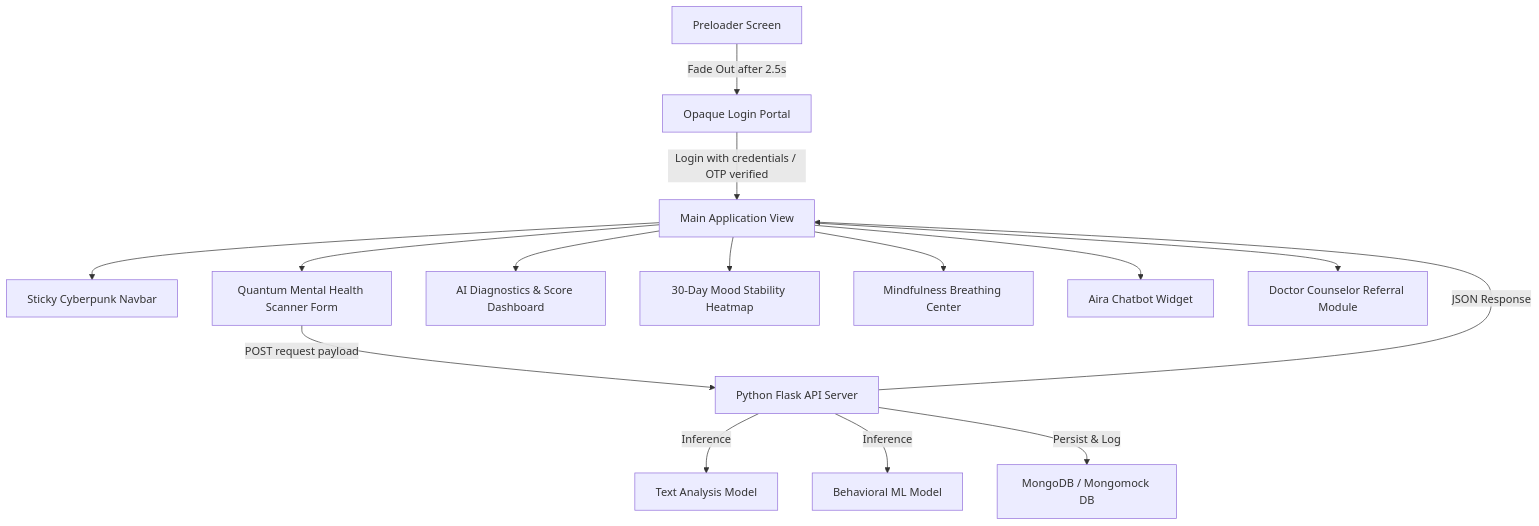
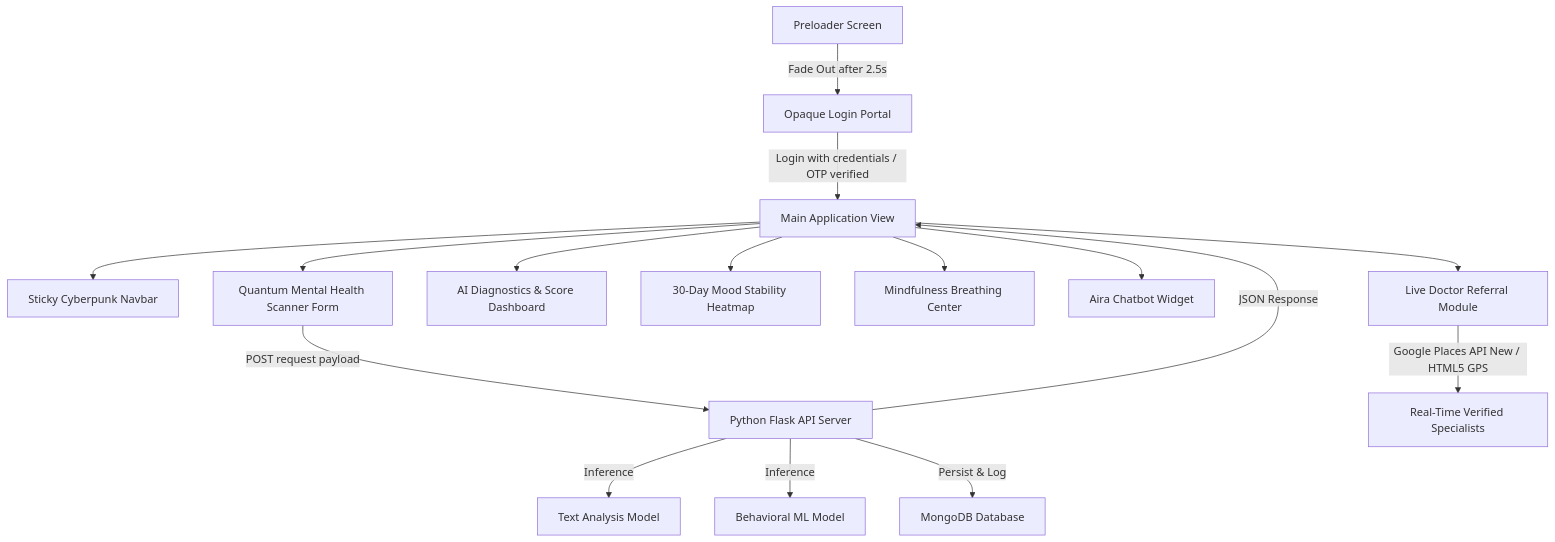
One commit to anandsinghrathore324-cmyk/Anandsinghrathore-Mental-Health-Monitoring changed the diagram in README.md. Above: the diagram before and after it, drawn with Mermaid. The commit also changed other lines of this file and 151 other files, not shown here.

````diff
--- a/README.md
+++ b/README.md
@@ -11,17 +11,18 @@
 ```mermaid
 graph TD
     A[Preloader Screen] -->|Fade Out after 2.5s| B[Opaque Login Portal]
     B -->|Login with credentials / OTP verified| C[Main Application View]
     C --> D[Sticky Cyberpunk Navbar]
     C --> E[Quantum Mental Health Scanner Form]
     E -->|POST request payload| F[Python Flask API Server]
     F -->|Inference| G1[Text Analysis Model]
     F -->|Inference| G2[Behavioral ML Model]
-    F -->|Persist & Log| H[MongoDB / Mongomock DB]
+    F -->|Persist & Log| H[MongoDB Database]
     F -->|JSON Response| C
     C --> I[AI Diagnostics & Score Dashboard]
     C --> J[30-Day Mood Stability Heatmap]
     C --> K[Mindfulness Breathing Center]
     C --> L[Aira Chatbot Widget]
-    C --> M[Doctor Counselor Referral Module]
+    C --> M[Live Doctor Referral Module]
+    M -->|Google Places API New / HTML5 GPS| N[Real-Time Verified Specialists]
 ```
````
